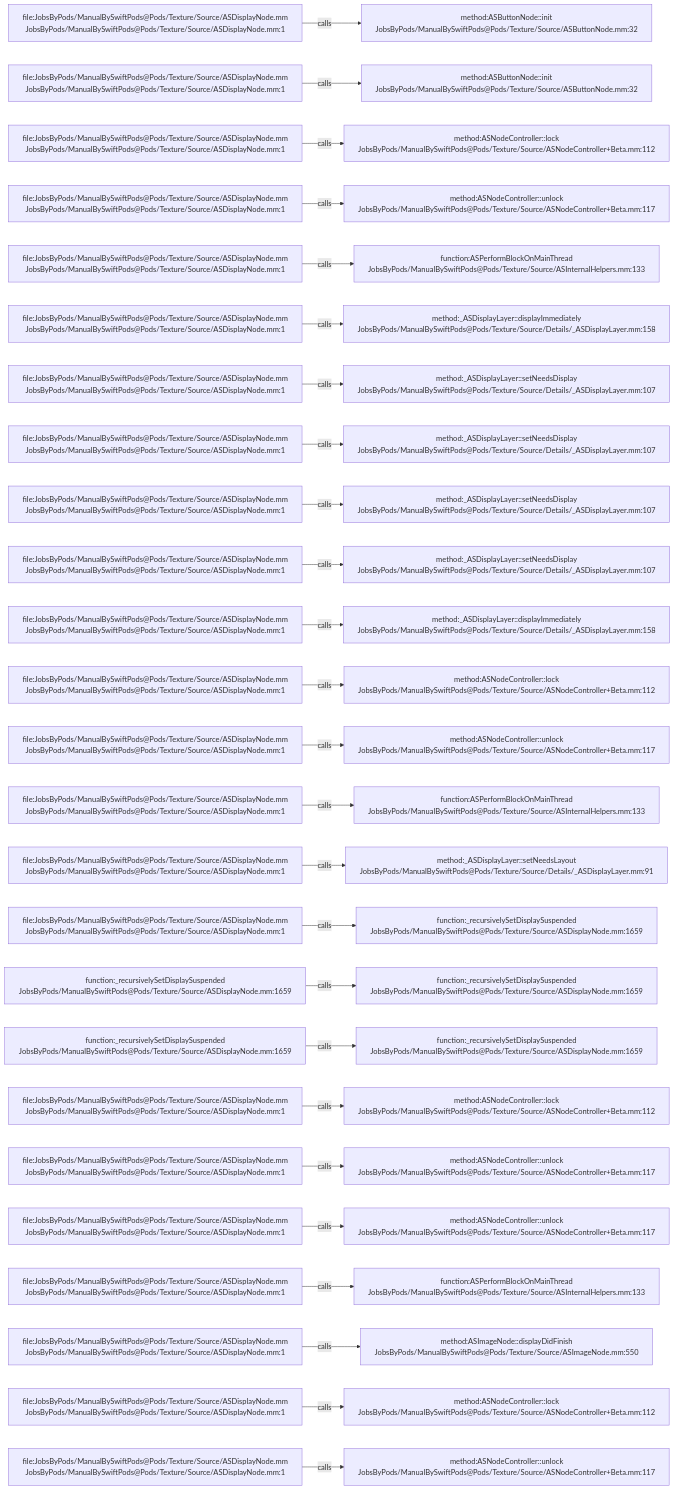
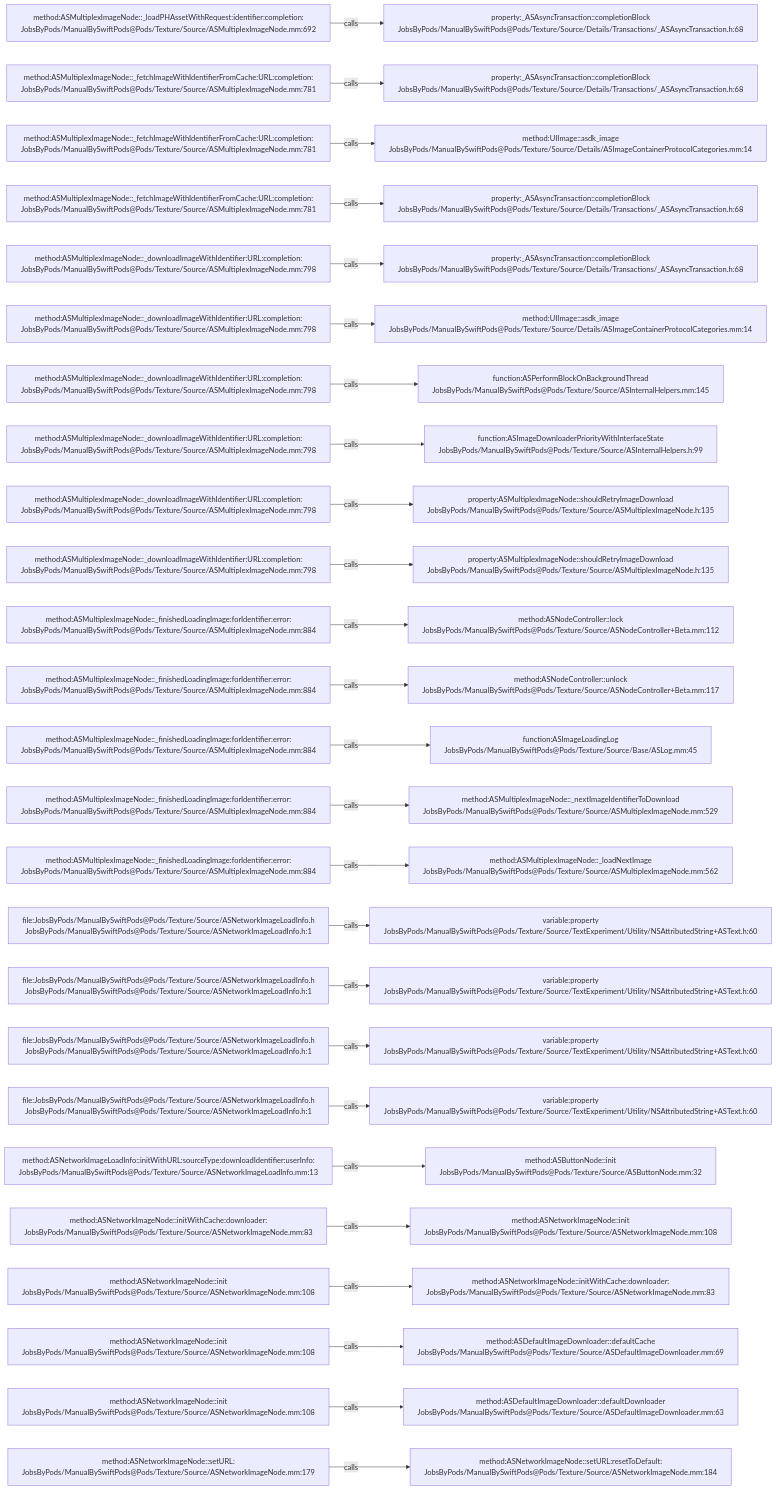
One commit to JobsKits/JobsSwiftBaseConfigDemo changed the diagram in .codegraph/codegraph.md/graphs/calls-049.md. Above: the diagram before and after it, drawn with Mermaid. The commit also changed 832 other files, not shown here.

````diff
--- a/.codegraph/codegraph.md/graphs/calls-049.md
+++ b/.codegraph/codegraph.md/graphs/calls-049.md
@@ -13,78 +13,78 @@
 ```mermaid
 flowchart LR
-  S1["file:JobsByPods/ManualBySwiftPods@Pods/Texture/Source/ASDisplayNode.mm<br/>JobsByPods/ManualBySwiftPods@Pods/Texture/Source/ASDisplayNode.mm:1"]
-  T1["method:ASButtonNode::init<br/>JobsByPods/ManualBySwiftPods@Pods/Texture/Source/ASButtonNode.mm:32"]
+  S1["method:ASMultiplexImageNode::_loadPHAssetWithRequest:identifier:completion:<br/>JobsByPods/ManualBySwiftPods@Pods/Texture/Source/ASMultiplexImageNode.mm:692"]
+  T1["property:_ASAsyncTransaction::completionBlock<br/>JobsByPods/ManualBySwiftPods@Pods/Texture/Source/Details/Transactions/_ASAsyncTransaction.h:68"]
   S1 -->|calls| T1
-  S2["file:JobsByPods/ManualBySwiftPods@Pods/Texture/Source/ASDisplayNode.mm<br/>JobsByPods/ManualBySwiftPods@Pods/Texture/Source/ASDisplayNode.mm:1"]
-  T2["method:ASButtonNode::init<br/>JobsByPods/ManualBySwiftPods@Pods/Texture/Source/ASButtonNode.mm:32"]
+  S2["method:ASMultiplexImageNode::_fetchImageWithIdentifierFromCache:URL:completion:<br/>JobsByPods/ManualBySwiftPods@Pods/Texture/Source/ASMultiplexImageNode.mm:781"]
+  T2["property:_ASAsyncTransaction::completionBlock<br/>JobsByPods/ManualBySwiftPods@Pods/Texture/Source/Details/Transactions/_ASAsyncTransaction.h:68"]
   S2 -->|calls| T2
-  S3["file:JobsByPods/ManualBySwiftPods@Pods/Texture/Source/ASDisplayNode.mm<br/>JobsByPods/ManualBySwiftPods@Pods/Texture/Source/ASDisplayNode.mm:1"]
-  T3["method:ASNodeController::lock<br/>JobsByPods/ManualBySwiftPods@Pods/Texture/Source/ASNodeController+Beta.mm:112"]
+  S3["method:ASMultiplexImageNode::_fetchImageWithIdentifierFromCache:URL:completion:<br/>JobsByPods/ManualBySwiftPods@Pods/Texture/Source/ASMultiplexImageNode.mm:781"]
+  T3["method:UIImage::asdk_image<br/>JobsByPods/ManualBySwiftPods@Pods/Texture/Source/Details/ASImageContainerProtocolCategories.mm:14"]
   S3 -->|calls| T3
-  S4["file:JobsByPods/ManualBySwiftPods@Pods/Texture/Source/ASDisplayNode.mm<br/>JobsByPods/ManualBySwiftPods@Pods/Texture/Source/ASDisplayNode.mm:1"]
-  T4["method:ASNodeController::unlock<br/>JobsByPods/ManualBySwiftPods@Pods/Texture/Source/ASNodeController+Beta.mm:117"]
+  S4["method:ASMultiplexImageNode::_fetchImageWithIdentifierFromCache:URL:completion:<br/>JobsByPods/ManualBySwiftPods@Pods/Texture/Source/ASMultiplexImageNode.mm:781"]
+  T4["property:_ASAsyncTransaction::completionBlock<br/>JobsByPods/ManualBySwiftPods@Pods/Texture/Source/Details/Transactions/_ASAsyncTransaction.h:68"]
   S4 -->|calls| T4
-  S5["file:JobsByPods/ManualBySwiftPods@Pods/Texture/Source/ASDisplayNode.mm<br/>JobsByPods/ManualBySwiftPods@Pods/Texture/Source/ASDisplayNode.mm:1"]
-  T5["function:ASPerformBlockOnMainThread<br/>JobsByPods/ManualBySwiftPods@Pods/Texture/Source/ASInternalHelpers.mm:133"]
+  S5["method:ASMultiplexImageNode::_downloadImageWithIdentifier:URL:completion:<br/>JobsByPods/ManualBySwiftPods@Pods/Texture/Source/ASMultiplexImageNode.mm:798"]
+  T5["property:_ASAsyncTransaction::completionBlock<br/>JobsByPods/ManualBySwiftPods@Pods/Texture/Source/Details/Transactions/_ASAsyncTransaction.h:68"]
   S5 -->|calls| T5
-  S6["file:JobsByPods/ManualBySwiftPods@Pods/Texture/Source/ASDisplayNode.mm<br/>JobsByPods/ManualBySwiftPods@Pods/Texture/Source/ASDisplayNode.mm:1"]
-  T6["method:_ASDisplayLayer::displayImmediately<br/>JobsByPods/ManualBySwiftPods@Pods/Texture/Source/Details/_ASDisplayLayer.mm:158"]
+  S6["method:ASMultiplexImageNode::_downloadImageWithIdentifier:URL:completion:<br/>JobsByPods/ManualBySwiftPods@Pods/Texture/Source/ASMultiplexImageNode.mm:798"]
+  T6["method:UIImage::asdk_image<br/>JobsByPods/ManualBySwiftPods@Pods/Texture/Source/Details/ASImageContainerProtocolCategories.mm:14"]
   S6 -->|calls| T6
-  S7["file:JobsByPods/ManualBySwiftPods@Pods/Texture/Source/ASDisplayNode.mm<br/>JobsByPods/ManualBySwiftPods@Pods/Texture/Source/ASDisplayNode.mm:1"]
-  T7["method:_ASDisplayLayer::setNeedsDisplay<br/>JobsByPods/ManualBySwiftPods@Pods/Texture/Source/Details/_ASDisplayLayer.mm:107"]
+  S7["method:ASMultiplexImageNode::_downloadImageWithIdentifier:URL:completion:<br/>JobsByPods/ManualBySwiftPods@Pods/Texture/Source/ASMultiplexImageNode.mm:798"]
+  T7["function:ASPerformBlockOnBackgroundThread<br/>JobsByPods/ManualBySwiftPods@Pods/Texture/Source/ASInternalHelpers.mm:145"]
   S7 -->|calls| T7
-  S8["file:JobsByPods/ManualBySwiftPods@Pods/Texture/Source/ASDisplayNode.mm<br/>JobsByPods/ManualBySwiftPods@Pods/Texture/Source/ASDisplayNode.mm:1"]
-  T8["method:_ASDisplayLayer::setNeedsDisplay<br/>JobsByPods/ManualBySwiftPods@Pods/Texture/Source/Details/_ASDisplayLayer.mm:107"]
+  S8["method:ASMultiplexImageNode::_downloadImageWithIdentifier:URL:completion:<br/>JobsByPods/ManualBySwiftPods@Pods/Texture/Source/ASMultiplexImageNode.mm:798"]
+  T8["function:ASImageDownloaderPriorityWithInterfaceState<br/>JobsByPods/ManualBySwiftPods@Pods/Texture/Source/ASInternalHelpers.h:99"]
   S8 -->|calls| T8
-  S9["file:JobsByPods/ManualBySwiftPods@Pods/Texture/Source/ASDisplayNode.mm<br/>JobsByPods/ManualBySwiftPods@Pods/Texture/Source/ASDisplayNode.mm:1"]
-  T9["method:_ASDisplayLayer::setNeedsDisplay<br/>JobsByPods/ManualBySwiftPods@Pods/Texture/Source/Details/_ASDisplayLayer.mm:107"]
+  S9["method:ASMultiplexImageNode::_downloadImageWithIdentifier:URL:completion:<br/>JobsByPods/ManualBySwiftPods@Pods/Texture/Source/ASMultiplexImageNode.mm:798"]
+  T9["property:ASMultiplexImageNode::shouldRetryImageDownload<br/>JobsByPods/ManualBySwiftPods@Pods/Texture/Source/ASMultiplexImageNode.h:135"]
   S9 -->|calls| T9
-  S10["file:JobsByPods/ManualBySwiftPods@Pods/Texture/Source/ASDisplayNode.mm<br/>JobsByPods/ManualBySwiftPods@Pods/Texture/Source/ASDisplayNode.mm:1"]
-  T10["method:_ASDisplayLayer::setNeedsDisplay<br/>JobsByPods/ManualBySwiftPods@Pods/Texture/Source/Details/_ASDisplayLayer.mm:107"]
+  S10["method:ASMultiplexImageNode::_downloadImageWithIdentifier:URL:completion:<br/>JobsByPods/ManualBySwiftPods@Pods/Texture/Source/ASMultiplexImageNode.mm:798"]
+  T10["property:ASMultiplexImageNode::shouldRetryImageDownload<br/>JobsByPods/ManualBySwiftPods@Pods/Texture/Source/ASMultiplexImageNode.h:135"]
   S10 -->|calls| T10
-  S11["file:JobsByPods/ManualBySwiftPods@Pods/Texture/Source/ASDisplayNode.mm<br/>JobsByPods/ManualBySwiftPods@Pods/Texture/Source/ASDisplayNode.mm:1"]
-  T11["method:_ASDisplayLayer::displayImmediately<br/>JobsByPods/ManualBySwiftPods@Pods/Texture/Source/Details/_ASDisplayLayer.mm:158"]
+  S11["method:ASMultiplexImageNode::_finishedLoadingImage:forIdentifier:error:<br/>JobsByPods/ManualBySwiftPods@Pods/Texture/Source/ASMultiplexImageNode.mm:884"]
+  T11["method:ASNodeController::lock<br/>JobsByPods/ManualBySwiftPods@Pods/Texture/Source/ASNodeController+Beta.mm:112"]
   S11 -->|calls| T11
-  S12["file:JobsByPods/ManualBySwiftPods@Pods/Texture/Source/ASDisplayNode.mm<br/>JobsByPods/ManualBySwiftPods@Pods/Texture/Source/ASDisplayNode.mm:1"]
-  T12["method:ASNodeController::lock<br/>JobsByPods/ManualBySwiftPods@Pods/Texture/Source/ASNodeController+Beta.mm:112"]
+  S12["method:ASMultiplexImageNode::_finishedLoadingImage:forIdentifier:error:<br/>JobsByPods/ManualBySwiftPods@Pods/Texture/Source/ASMultiplexImageNode.mm:884"]
+  T12["method:ASNodeController::unlock<br/>JobsByPods/ManualBySwiftPods@Pods/Texture/Source/ASNodeController+Beta.mm:117"]
   S12 -->|calls| T12
-  S13["file:JobsByPods/ManualBySwiftPods@Pods/Texture/Source/ASDisplayNode.mm<br/>JobsByPods/ManualBySwiftPods@Pods/Texture/Source/ASDisplayNode.mm:1"]
-  T13["method:ASNodeController::unlock<br/>JobsByPods/ManualBySwiftPods@Pods/Texture/Source/ASNodeController+Beta.mm:117"]
+  S13["method:ASMultiplexImageNode::_finishedLoadingImage:forIdentifier:error:<br/>JobsByPods/ManualBySwiftPods@Pods/Texture/Source/ASMultiplexImageNode.mm:884"]
+  T13["function:ASImageLoadingLog<br/>JobsByPods/ManualBySwiftPods@Pods/Texture/Source/Base/ASLog.mm:45"]
   S13 -->|calls| T13
-  S14["file:JobsByPods/ManualBySwiftPods@Pods/Texture/Source/ASDisplayNode.mm<br/>JobsByPods/ManualBySwiftPods@Pods/Texture/Source/ASDisplayNode.mm:1"]
-  T14["function:ASPerformBlockOnMainThread<br/>JobsByPods/ManualBySwiftPods@Pods/Texture/Source/ASInternalHelpers.mm:133"]
+  S14["method:ASMultiplexImageNode::_finishedLoadingImage:forIdentifier:error:<br/>JobsByPods/ManualBySwiftPods@Pods/Texture/Source/ASMultiplexImageNode.mm:884"]
+  T14["method:ASMultiplexImageNode::_nextImageIdentifierToDownload<br/>JobsByPods/ManualBySwiftPods@Pods/Texture/Source/ASMultiplexImageNode.mm:529"]
   S14 -->|calls| T14
-  S15["file:JobsByPods/ManualBySwiftPods@Pods/Texture/Source/ASDisplayNode.mm<br/>JobsByPods/ManualBySwiftPods@Pods/Texture/Source/ASDisplayNode.mm:1"]
-  T15["method:_ASDisplayLayer::setNeedsLayout<br/>JobsByPods/ManualBySwiftPods@Pods/Texture/Source/Details/_ASDisplayLayer.mm:91"]
+  S15["method:ASMultiplexImageNode::_finishedLoadingImage:forIdentifier:error:<br/>JobsByPods/ManualBySwiftPods@Pods/Texture/Source/ASMultiplexImageNode.mm:884"]
+  T15["method:ASMultiplexImageNode::_loadNextImage<br/>JobsByPods/ManualBySwiftPods@Pods/Texture/Source/ASMultiplexImageNode.mm:562"]
   S15 -->|calls| T15
-  S16["file:JobsByPods/ManualBySwiftPods@Pods/Texture/Source/ASDisplayNode.mm<br/>JobsByPods/ManualBySwiftPods@Pods/Texture/Source/ASDisplayNode.mm:1"]
-  T16["function:_recursivelySetDisplaySuspended<br/>JobsByPods/ManualBySwiftPods@Pods/Texture/Source/ASDisplayNode.mm:1659"]
+  S16["file:JobsByPods/ManualBySwiftPods@Pods/Texture/Source/ASNetworkImageLoadInfo.h<br/>JobsByPods/ManualBySwiftPods@Pods/Texture/Source/ASNetworkImageLoadInfo.h:1"]
+  T16["variable:property<br/>JobsByPods/ManualBySwiftPods@Pods/Texture/Source/TextExperiment/Utility/NSAttributedString+ASText.h:60"]
   S16 -->|calls| T16
-  S17["function:_recursivelySetDisplaySuspended<br/>JobsByPods/ManualBySwiftPods@Pods/Texture/Source/ASDisplayNode.mm:1659"]
-  T17["function:_recursivelySetDisplaySuspended<br/>JobsByPods/ManualBySwiftPods@Pods/Texture/Source/ASDisplayNode.mm:1659"]
+  S17["file:JobsByPods/ManualBySwiftPods@Pods/Texture/Source/ASNetworkImageLoadInfo.h<br/>JobsByPods/ManualBySwiftPods@Pods/Texture/Source/ASNetworkImageLoadInfo.h:1"]
+  T17["variable:property<br/>JobsByPods/ManualBySwiftPods@Pods/Texture/Source/TextExperiment/Utility/NSAttributedString+ASText.h:60"]
   S17 -->|calls| T17
-  S18["function:_recursivelySetDisplaySuspended<br/>JobsByPods/ManualBySwiftPods@Pods/Texture/Source/ASDisplayNode.mm:1659"]
-  T18["function:_recursivelySetDisplaySuspended<br/>JobsByPods/ManualBySwiftPods@Pods/Texture/Source/ASDisplayNode.mm:1659"]
+  S18["file:JobsByPods/ManualBySwiftPods@Pods/Texture/Source/ASNetworkImageLoadInfo.h<br/>JobsByPods/ManualBySwiftPods@Pods/Texture/Source/ASNetworkImageLoadInfo.h:1"]
+  T18["variable:property<br/>JobsByPods/ManualBySwiftPods@Pods/Texture/Source/TextExperiment/Utility/NSAttributedString+ASText.h:60"]
   S18 -->|calls| T18
-  S19["file:JobsByPods/ManualBySwiftPods@Pods/Texture/Source/ASDisplayNode.mm<br/>JobsByPods/ManualBySwiftPods@Pods/Texture/Source/ASDisplayNode.mm:1"]
-  T19["method:ASNodeController::lock<br/>JobsByPods/ManualBySwiftPods@Pods/Texture/Source/ASNodeController+Beta.mm:112"]
+  S19["file:JobsByPods/ManualBySwiftPods@Pods/Texture/Source/ASNetworkImageLoadInfo.h<br/>JobsByPods/ManualBySwiftPods@Pods/Texture/Source/ASNetworkImageLoadInfo.h:1"]
+  T19["variable:property<br/>JobsByPods/ManualBySwiftPods@Pods/Texture/Source/TextExperiment/Utility/NSAttributedString+ASText.h:60"]
   S19 -->|calls| T19
-  S20["file:JobsByPods/ManualBySwiftPods@Pods/Texture/Source/ASDisplayNode.mm<br/>JobsByPods/ManualBySwiftPods@Pods/Texture/Source/ASDisplayNode.mm:1"]
-  T20["method:ASNodeController::unlock<br/>JobsByPods/ManualBySwiftPods@Pods/Texture/Source/ASNodeController+Beta.mm:117"]
+  S20["method:ASNetworkImageLoadInfo::initWithURL:sourceType:downloadIdentifier:userInfo:<br/>JobsByPods/ManualBySwiftPods@Pods/Texture/Source/ASNetworkImageLoadInfo.mm:13"]
+  T20["method:ASButtonNode::init<br/>JobsByPods/ManualBySwiftPods@Pods/Texture/Source/ASButtonNode.mm:32"]
   S20 -->|calls| T20
-  S21["file:JobsByPods/ManualBySwiftPods@Pods/Texture/Source/ASDisplayNode.mm<br/>JobsByPods/ManualBySwiftPods@Pods/Texture/Source/ASDisplayNode.mm:1"]
-  T21["method:ASNodeController::unlock<br/>JobsByPods/ManualBySwiftPods@Pods/Texture/Source/ASNodeController+Beta.mm:117"]
+  S21["method:ASNetworkImageNode::initWithCache:downloader:<br/>JobsByPods/ManualBySwiftPods@Pods/Texture/Source/ASNetworkImageNode.mm:83"]
+  T21["method:ASNetworkImageNode::init<br/>JobsByPods/ManualBySwiftPods@Pods/Texture/Source/ASNetworkImageNode.mm:108"]
   S21 -->|calls| T21
-  S22["file:JobsByPods/ManualBySwiftPods@Pods/Texture/Source/ASDisplayNode.mm<br/>JobsByPods/ManualBySwiftPods@Pods/Texture/Source/ASDisplayNode.mm:1"]
-  T22["function:ASPerformBlockOnMainThread<br/>JobsByPods/ManualBySwiftPods@Pods/Texture/Source/ASInternalHelpers.mm:133"]
+  S22["method:ASNetworkImageNode::init<br/>JobsByPods/ManualBySwiftPods@Pods/Texture/Source/ASNetworkImageNode.mm:108"]
+  T22["method:ASNetworkImageNode::initWithCache:downloader:<br/>JobsByPods/ManualBySwiftPods@Pods/Texture/Source/ASNetworkImageNode.mm:83"]
   S22 -->|calls| T22
-  S23["file:JobsByPods/ManualBySwiftPods@Pods/Texture/Source/ASDisplayNode.mm<br/>JobsByPods/ManualBySwiftPods@Pods/Texture/Source/ASDisplayNode.mm:1"]
-  T23["method:ASImageNode::displayDidFinish<br/>JobsByPods/ManualBySwiftPods@Pods/Texture/Source/ASImageNode.mm:550"]
+  S23["method:ASNetworkImageNode::init<br/>JobsByPods/ManualBySwiftPods@Pods/Texture/Source/ASNetworkImageNode.mm:108"]
+  T23["method:ASDefaultImageDownloader::defaultCache<br/>JobsByPods/ManualBySwiftPods@Pods/Texture/Source/ASDefaultImageDownloader.mm:69"]
   S23 -->|calls| T23
-  S24["file:JobsByPods/ManualBySwiftPods@Pods/Texture/Source/ASDisplayNode.mm<br/>JobsByPods/ManualBySwiftPods@Pods/Texture/Source/ASDisplayNode.mm:1"]
-  T24["method:ASNodeController::lock<br/>JobsByPods/ManualBySwiftPods@Pods/Texture/Source/ASNodeController+Beta.mm:112"]
+  S24["method:ASNetworkImageNode::init<br/>JobsByPods/ManualBySwiftPods@Pods/Texture/Source/ASNetworkImageNode.mm:108"]
+  T24["method:ASDefaultImageDownloader::defaultDownloader<br/>JobsByPods/ManualBySwiftPods@Pods/Texture/Source/ASDefaultImageDownloader.mm:63"]
   S24 -->|calls| T24
-  S25["file:JobsByPods/ManualBySwiftPods@Pods/Texture/Source/ASDisplayNode.mm<br/>JobsByPods/ManualBySwiftPods@Pods/Texture/Source/ASDisplayNode.mm:1"]
-  T25["method:ASNodeController::unlock<br/>JobsByPods/ManualBySwiftPods@Pods/Texture/Source/ASNodeController+Beta.mm:117"]
+  S25["method:ASNetworkImageNode::setURL:<br/>JobsByPods/ManualBySwiftPods@Pods/Texture/Source/ASNetworkImageNode.mm:179"]
+  T25["method:ASNetworkImageNode::setURL:resetToDefault:<br/>JobsByPods/ManualBySwiftPods@Pods/Texture/Source/ASNetworkImageNode.mm:184"]
   S25 -->|calls| T25
 ```
````
